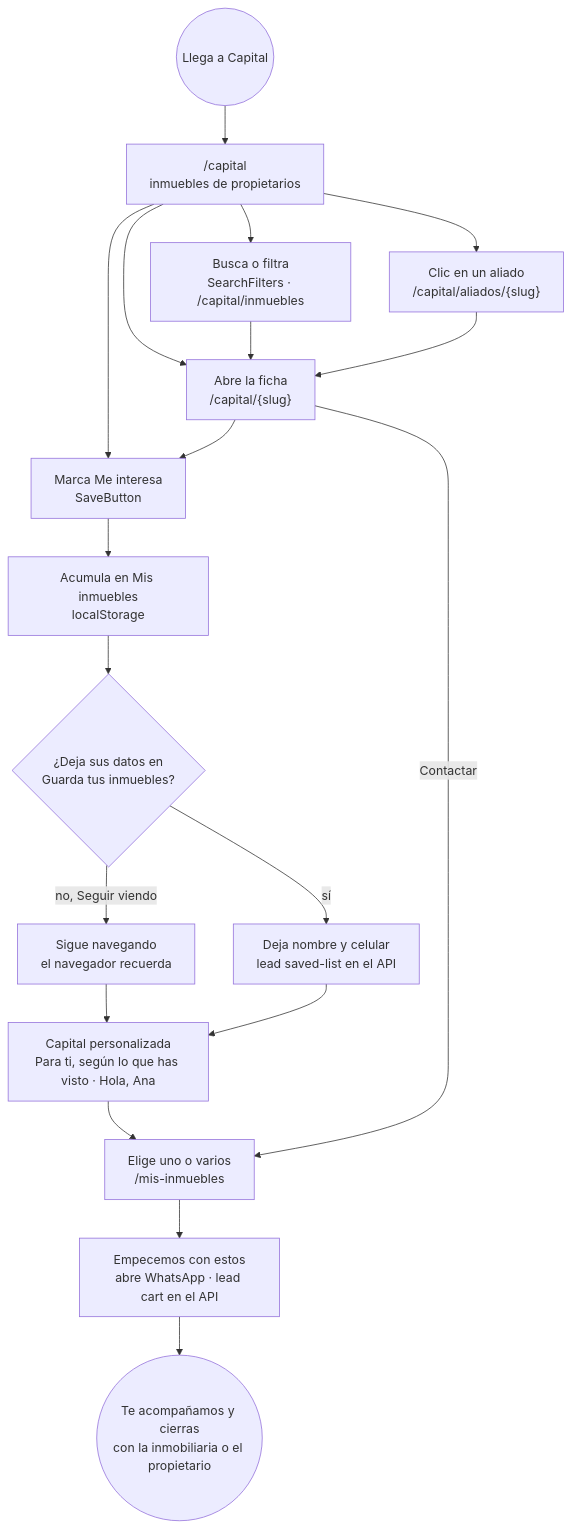
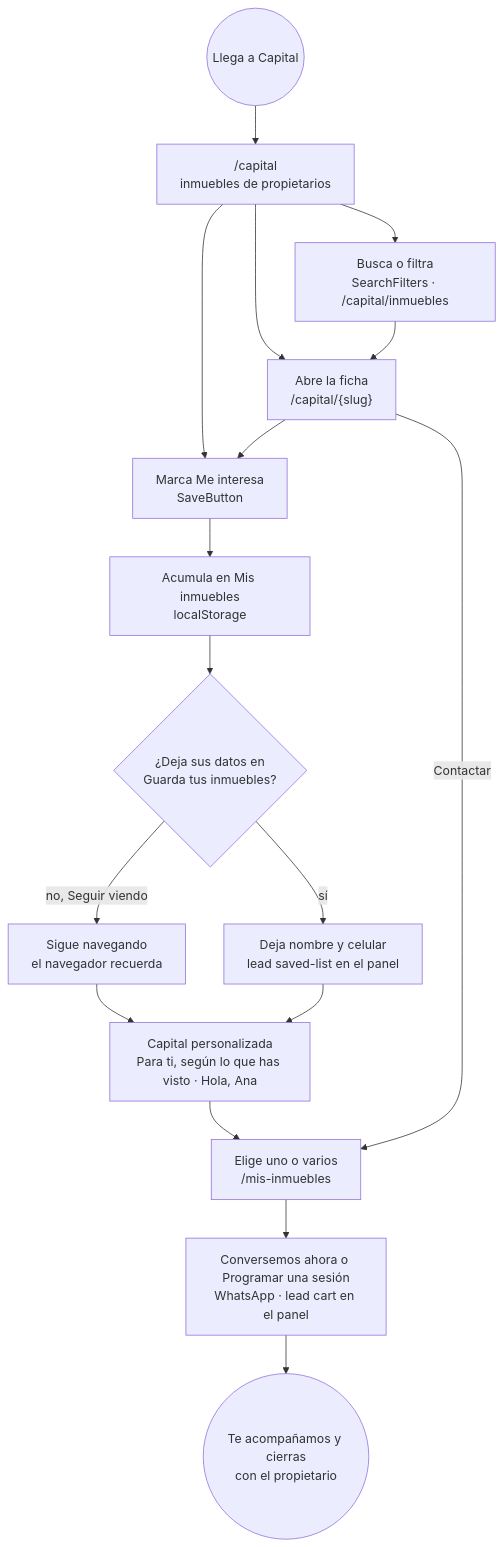
Before and after one commit to samirharrytl/DHC_landing: the first of 16 diagrams in docs/plataforma/05-flujos.md, drawn with Mermaid. The commit also changed other lines of this file and 94 other files, not shown here.

````diff
--- a/docs/plataforma/05-flujos.md
+++ b/docs/plataforma/05-flujos.md
@@ -33,31 +33,29 @@
 ```mermaid
 flowchart TB
     START(("Llega a Capital"))
     HOME["/capital<br/>inmuebles de propietarios"]
     BUSCA["Busca o filtra<br/>SearchFilters · /capital/inmuebles"]
     FICHA["Abre la ficha<br/>/capital/{slug}"]
     MARCA["Marca Me interesa<br/>SaveButton"]
-    ALIADO["Clic en un aliado<br/>/capital/aliados/{slug}"]
     ACUM["Acumula en Mis inmuebles<br/>localStorage"]
     DEC{"¿Deja sus datos en<br/>Guarda tus inmuebles?"}
     NAV["Sigue navegando<br/>el navegador recuerda"]
-    REG["Deja nombre y celular<br/>lead saved-list en el API"]
+    REG["Deja nombre y celular<br/>lead saved-list en el panel"]
     PERS["Capital personalizada<br/>Para ti, según lo que has visto · Hola, Ana"]
     ELIGE["Elige uno o varios<br/>/mis-inmuebles"]
-    WA["Empecemos con estos<br/>abre WhatsApp · lead cart en el API"]
-    CIERRE(("Te acompañamos y cierras<br/>con la inmobiliaria o el propietario"))
+    WA["Conversemos ahora o Programar una sesión<br/>WhatsApp · lead cart en el panel"]
+    CIERRE(("Te acompañamos y cierras<br/>con el propietario"))
 
     START --> HOME
-    HOME --> BUSCA & FICHA & MARCA & ALIADO
+    HOME --> BUSCA & FICHA & MARCA
     BUSCA --> FICHA
-    ALIADO --> FICHA
     FICHA --> MARCA
     MARCA --> ACUM
     ACUM --> DEC
     DEC -- "no, Seguir viendo" --> NAV
     DEC -- "sí" --> REG
     NAV --> PERS
     REG --> PERS
     PERS --> ELIGE --> WA --> CIERRE
     FICHA -- "Contactar" --> ELIGE
 ```
````
